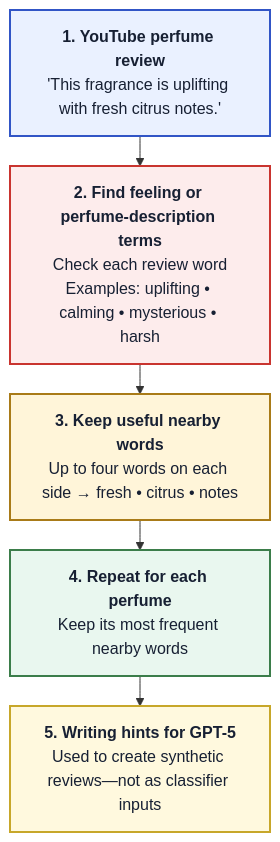
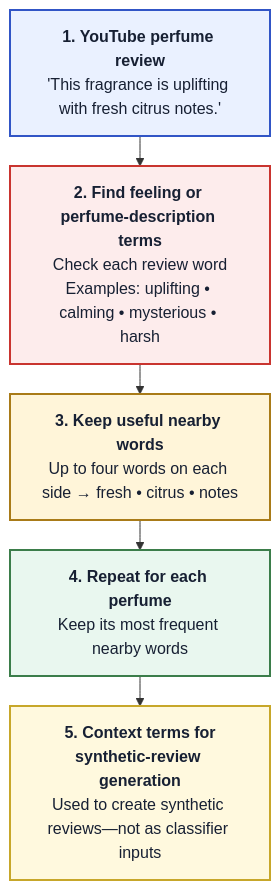
Before and after one commit to ececanga/Sentiment-Analysis-for-Perfume-Reviews: the diagram in docs/thesis/mermaid diagrams/mermaid codes/figure_3_2_context_words_simplified.mmd, drawn with Mermaid. The commit also changed 2 other files, not shown here.

Commit message:
docs(thesis): clarify synthetic-review context diagram

```diff
--- a/docs/thesis/mermaid diagrams/mermaid codes/figure_3_2_context_words_simplified.mmd
+++ b/docs/thesis/mermaid diagrams/mermaid codes/figure_3_2_context_words_simplified.mmd
@@ -1,27 +1,27 @@
 ---
 config:
   layout: dagre
   flowchart:
     nodeSpacing: 28
     rankSpacing: 30
 ---
 flowchart TD
     A["<b>1. YouTube perfume review</b><br/>'This fragrance is uplifting with fresh citrus notes.'"]
     B["<b>2. Find feeling or perfume-description terms</b><br/>Check each review word<br/>Examples: uplifting • calming • mysterious • harsh"]
     C["<b>3. Keep useful nearby words</b><br/>Up to four words on each side → fresh • citrus • notes"]
     D["<b>4. Repeat for each perfume</b><br/>Keep its most frequent nearby words"]
-    E["<b>5. Writing hints for GPT-5</b><br/>Used to create synthetic reviews—not as classifier inputs"]
+    E["<b>5. Context terms for<br/>synthetic-review generation</b><br/>Used to create synthetic reviews—not as classifier inputs"]
 
     A --> B --> C --> D --> E
 
     classDef input fill:#EAF1FF,stroke:#3155C6,stroke-width:2px,color:#172033;
     classDef match fill:#FDECEC,stroke:#C9342F,stroke-width:2px,color:#172033;
     classDef context fill:#FFF5D9,stroke:#A97B18,stroke-width:2px,color:#172033;
     classDef process fill:#E9F7EF,stroke:#3B7D4A,stroke-width:2px,color:#172033;
     classDef output fill:#FFF9DE,stroke:#C7A72A,stroke-width:2px,color:#172033;
 
     class A input;
     class B match;
     class C context;
     class D process;
     class E output;
```
